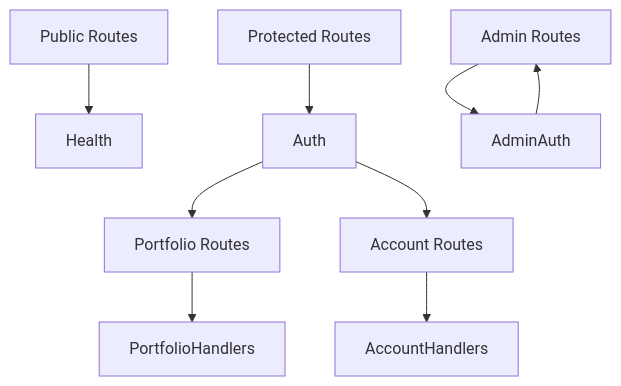
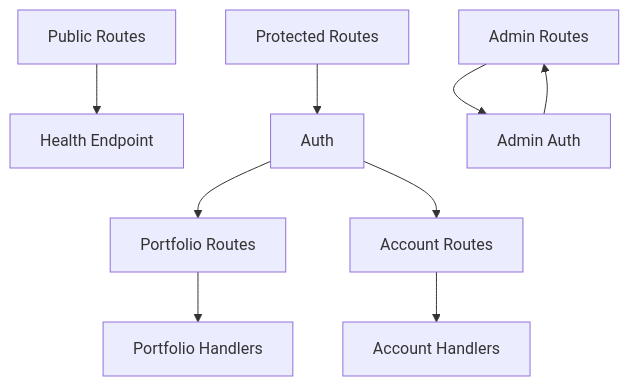
Before and after one commit to doitsu2014/crypto-pocket-butler: the first of 4 diagrams in docs/architecture/01-architecture-design/02-api-dataflow.md, drawn with Mermaid. The commit also changed other lines of this file and 3 other files, not shown here.

First line of the commit message:
docs: Fix all Mermaid syntax errors for GitHub compatibility

````diff
--- a/docs/architecture/01-architecture-design/02-api-dataflow.md
+++ b/docs/architecture/01-architecture-design/02-api-dataflow.md
@@ -5,17 +5,22 @@
 ```mermaid
 graph TD
-    PublicRoutes[Public Routes]
-    ProtectedRoutes[Protected Routes]
-    PortfolioRoutes[Portfolio Routes]
-    AccountRoutes[Account Routes]
-    AdminRoutes[Admin Routes]
+    PR[Public Routes]
+    PT[Protected Routes]
+    PF[Portfolio Routes]
+    AC[Account Routes]
+    AD[Admin Routes]
+    H[Health Endpoint]
+    AU[Auth]
+    PH[Portfolio Handlers]
+    AH[Account Handlers]
+    AA[Admin Auth]
     
-    PublicRoutes --> Health
-    ProtectedRoutes --> Auth
-    PortfolioRoutes --> PortfolioHandlers
-    AccountRoutes --> AccountHandlers
-    AdminRoutes --> AdminAuth
-    Auth --> PortfolioRoutes
-    Auth --> AccountRoutes
-    AdminAuth --> AdminRoutes
+    PR --> H
+    PT --> AU
+    PF --> PH
+    AC --> AH
+    AD --> AA
+    AU --> PF
+    AU --> AC
+    AA --> AD
 ```
````
